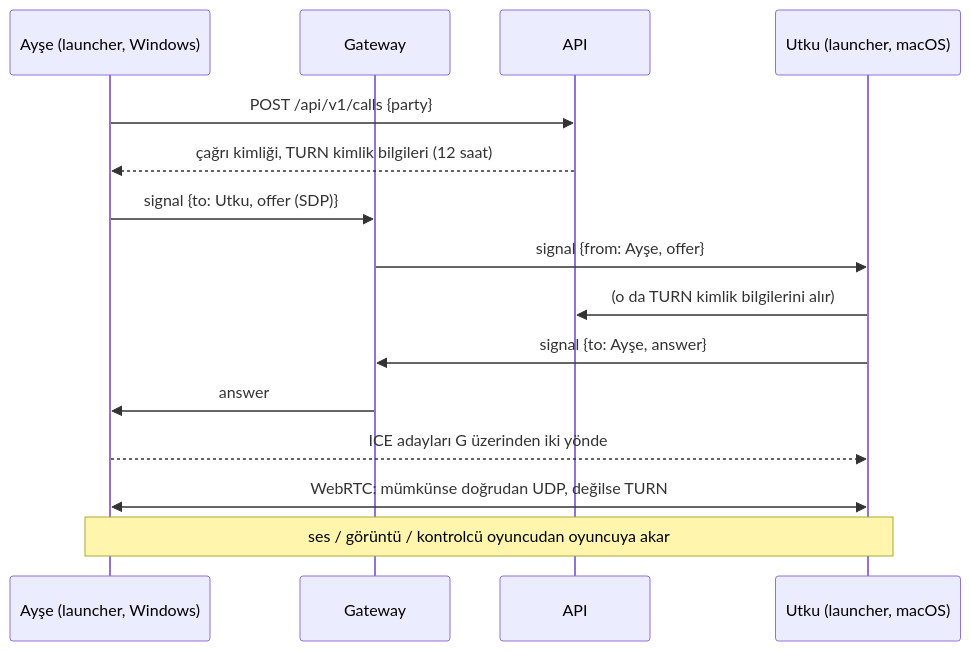
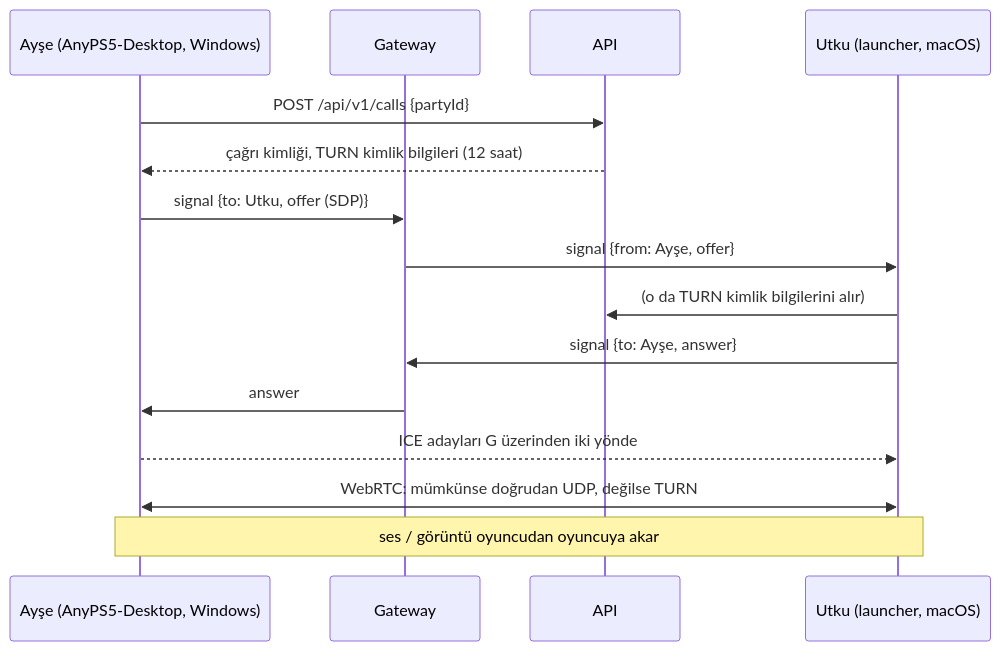
The second of 2 diagrams in docs/tr/02-mimari.md (AnyTogether/AnyPS5-ARM), drawn with Mermaid before and after one commit. The commit also changed other lines of this file and 11 other files, not shown here.

````diff
--- a/docs/tr/02-mimari.md
+++ b/docs/tr/02-mimari.md
@@ -152,17 +167,17 @@
 ```mermaid
 sequenceDiagram
-    participant A as Ayşe (launcher, Windows)
+    participant A as Ayşe (AnyPS5-Desktop, Windows)
     participant G as Gateway
     participant API as API
     participant U as Utku (launcher, macOS)
-    A->>API: POST /api/v1/calls {party}
+    A->>API: POST /api/v1/calls {partyId}
     API-->>A: çağrı kimliği, TURN kimlik bilgileri (12 saat)
     A->>G: signal {to: Utku, offer (SDP)}
     G->>U: signal {from: Ayşe, offer}
     U->>API: (o da TURN kimlik bilgilerini alır)
     U->>G: signal {to: Ayşe, answer}
     G->>A: answer
     A-->>U: ICE adayları G üzerinden iki yönde
     A<<->>U: WebRTC: mümkünse doğrudan UDP, değilse TURN
-    Note over A,U: ses / görüntü / kontrolcü oyuncudan oyuncuya akar
+    Note over A,U: ses / görüntü oyuncudan oyuncuya akar
 ```
````
